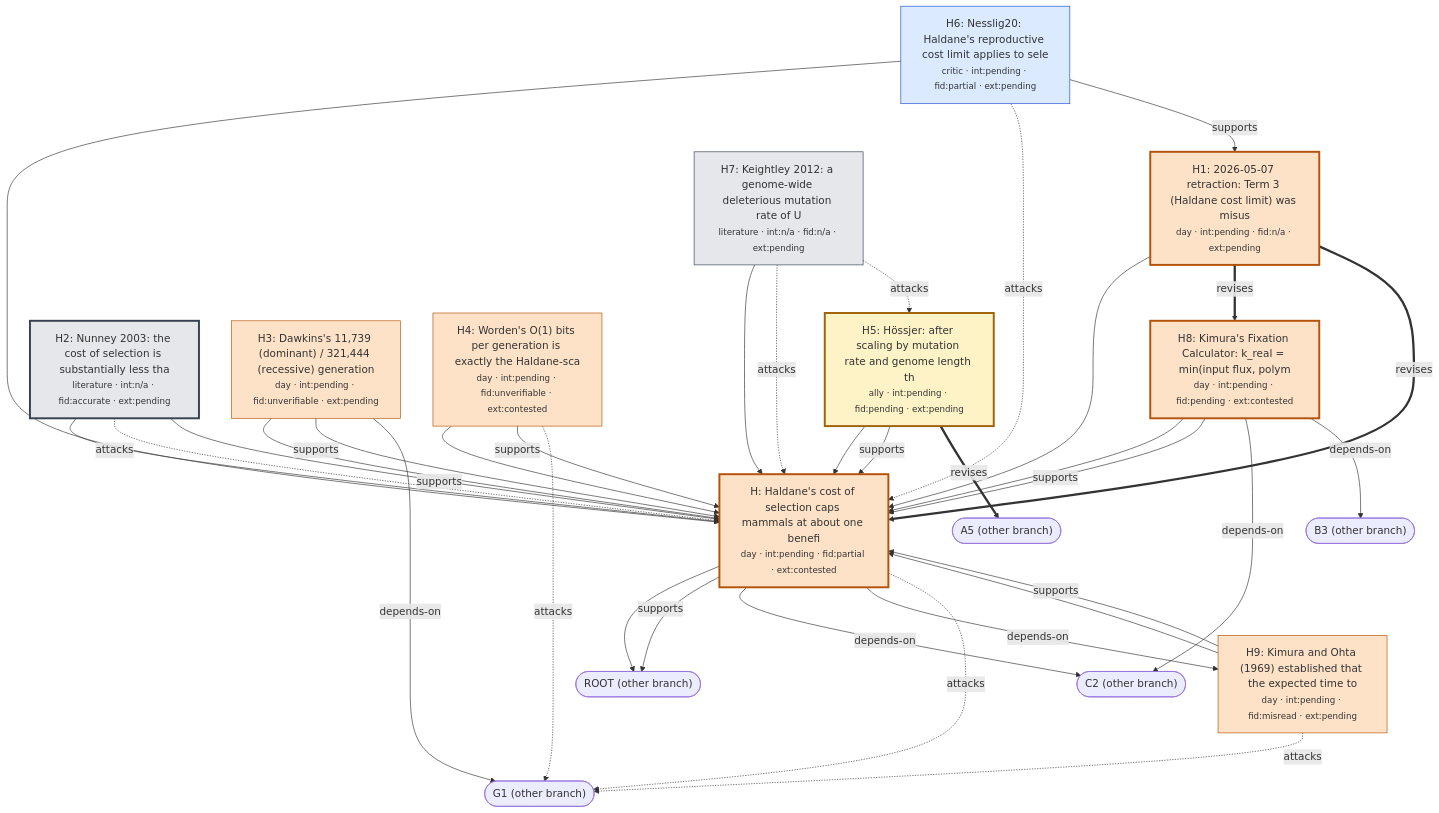
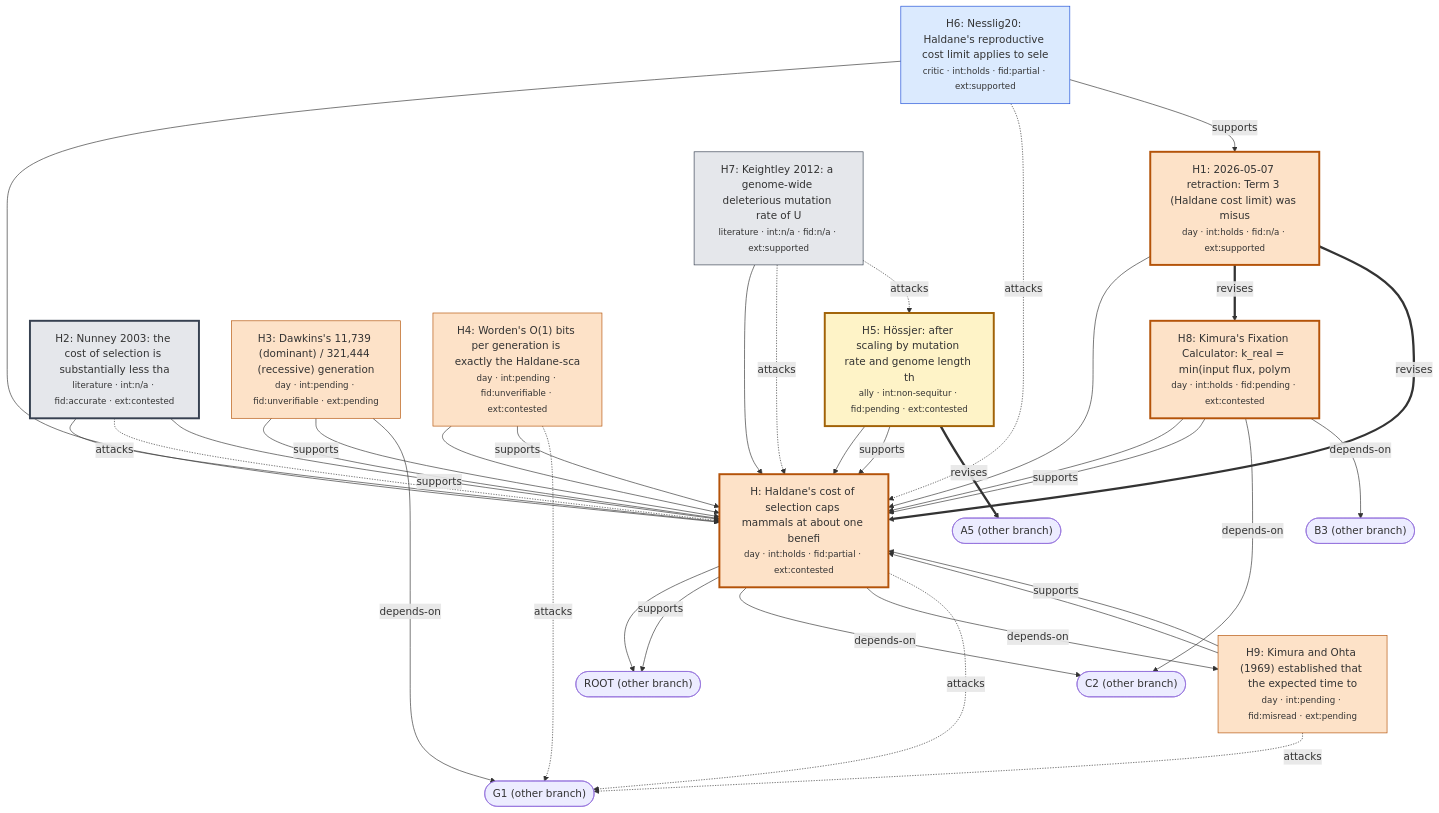
Before and after one commit to nickallevato/evo-sim: the diagram in docs/research/hierarchy/branch-H.md, drawn with Mermaid. The commit also changed 92 other files, not shown here.

````diff
--- a/docs/research/hierarchy/branch-H.md
+++ b/docs/research/hierarchy/branch-H.md
@@ -3,61 +3,61 @@
 ```mermaid
 flowchart TD
-  n_H["H: Haldane's cost of selection caps mammals at about one benefi<br/><small>day · int:pending · fid:partial · ext:contested</small>"]
+  n_H["H: Haldane's cost of selection caps mammals at about one benefi<br/><small>day · int:holds · fid:partial · ext:contested</small>"]
   style n_H fill:#fde2c8,stroke:#b45309,stroke-width:3px
   n_H --> n_ROOT
   n_H -->|supports| n_ROOT
   n_H -->|depends-on| n_C2
   n_H -->|depends-on| n_H9
   n_H -.->|attacks| n_G1
-  n_H1["H1: 2026-05-07 retraction: Term 3 (Haldane cost limit) was misus<br/><small>day · int:pending · fid:n/a · ext:pending</small>"]
+  n_H1["H1: 2026-05-07 retraction: Term 3 (Haldane cost limit) was misus<br/><small>day · int:holds · fid:n/a · ext:supported</small>"]
   style n_H1 fill:#fde2c8,stroke:#b45309,stroke-width:3px
   n_H1 --> n_H
   n_H1 ==>|revises| n_H8
   n_H1 ==>|revises| n_H
-  n_H2["H2: Nunney 2003: the cost of selection is substantially less tha<br/><small>literature · int:n/a · fid:accurate · ext:pending</small>"]
+  n_H2["H2: Nunney 2003: the cost of selection is substantially less tha<br/><small>literature · int:n/a · fid:accurate · ext:contested</small>"]
   style n_H2 fill:#e5e7eb,stroke:#374151,stroke-width:3px
   n_H2 --> n_H
   n_H2 -.->|attacks| n_H
   n_H2 -->|supports| n_H
   n_H3["H3: Dawkins's 11,739 (dominant) / 321,444 (recessive) generation<br/><small>day · int:pending · fid:unverifiable · ext:pending</small>"]
   style n_H3 fill:#fde2c8,stroke:#b45309
   n_H3 --> n_H
   n_H3 -->|supports| n_H
   n_H3 -->|depends-on| n_G1
   n_H4["H4: Worden's O(1) bits per generation is exactly the Haldane-sca<br/><small>day · int:pending · fid:unverifiable · ext:contested</small>"]
   style n_H4 fill:#fde2c8,stroke:#b45309
   n_H4 --> n_H
   n_H4 -->|supports| n_H
   n_H4 -.->|attacks| n_G1
-  n_H5["H5: Hössjer: after scaling by mutation rate and genome length th<br/><small>ally · int:pending · fid:pending · ext:pending</small>"]
+  n_H5["H5: Hössjer: after scaling by mutation rate and genome length th<br/><small>ally · int:non-sequitur · fid:pending · ext:contested</small>"]
   style n_H5 fill:#fef3c7,stroke:#a16207,stroke-width:3px
   n_H5 --> n_H
   n_H5 -->|supports| n_H
   n_H5 ==>|revises| n_A5
-  n_H6["H6: Nesslig20: Haldane's reproductive cost limit applies to sele<br/><small>critic · int:pending · fid:partial · ext:pending</small>"]
+  n_H6["H6: Nesslig20: Haldane's reproductive cost limit applies to sele<br/><small>critic · int:holds · fid:partial · ext:supported</small>"]
   style n_H6 fill:#dbeafe,stroke:#1d4ed8
   n_H6 --> n_H
   n_H6 -.->|attacks| n_H
   n_H6 -->|supports| n_H1
-  n_H7["H7: Keightley 2012: a genome-wide deleterious mutation rate of U<br/><small>literature · int:n/a · fid:n/a · ext:pending</small>"]
+  n_H7["H7: Keightley 2012: a genome-wide deleterious mutation rate of U<br/><small>literature · int:n/a · fid:n/a · ext:supported</small>"]
   style n_H7 fill:#e5e7eb,stroke:#374151
   n_H7 --> n_H
   n_H7 -.->|attacks| n_H
   n_H7 -.->|attacks| n_H5
-  n_H8["H8: Kimura's Fixation Calculator: k_real = min(input flux, polym<br/><small>day · int:pending · fid:pending · ext:contested</small>"]
+  n_H8["H8: Kimura's Fixation Calculator: k_real = min(input flux, polym<br/><small>day · int:holds · fid:pending · ext:contested</small>"]
   style n_H8 fill:#fde2c8,stroke:#b45309,stroke-width:3px
   n_H8 --> n_H
   n_H8 -->|supports| n_H
   n_H8 -->|depends-on| n_C2
   n_H8 -->|depends-on| n_B3
   n_H9["H9: Kimura and Ohta (1969) established that the expected time to<br/><small>day · int:pending · fid:misread · ext:pending</small>"]
   style n_H9 fill:#fde2c8,stroke:#b45309
   n_H9 --> n_H
   n_H9 -->|supports| n_H
   n_H9 -.->|attacks| n_G1
   n_A5(["A5 (other branch)"])
   n_B3(["B3 (other branch)"])
   n_C2(["C2 (other branch)"])
   n_G1(["G1 (other branch)"])
   n_ROOT(["ROOT (other branch)"])
 ```
````
